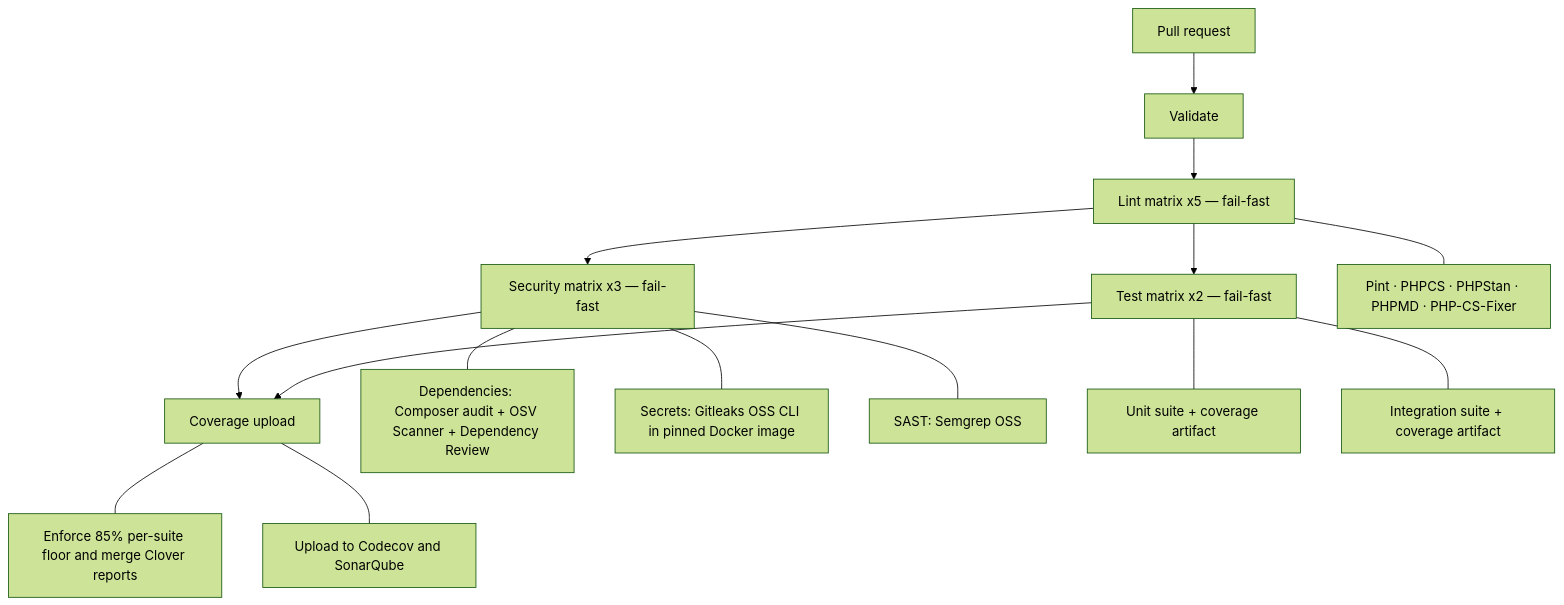
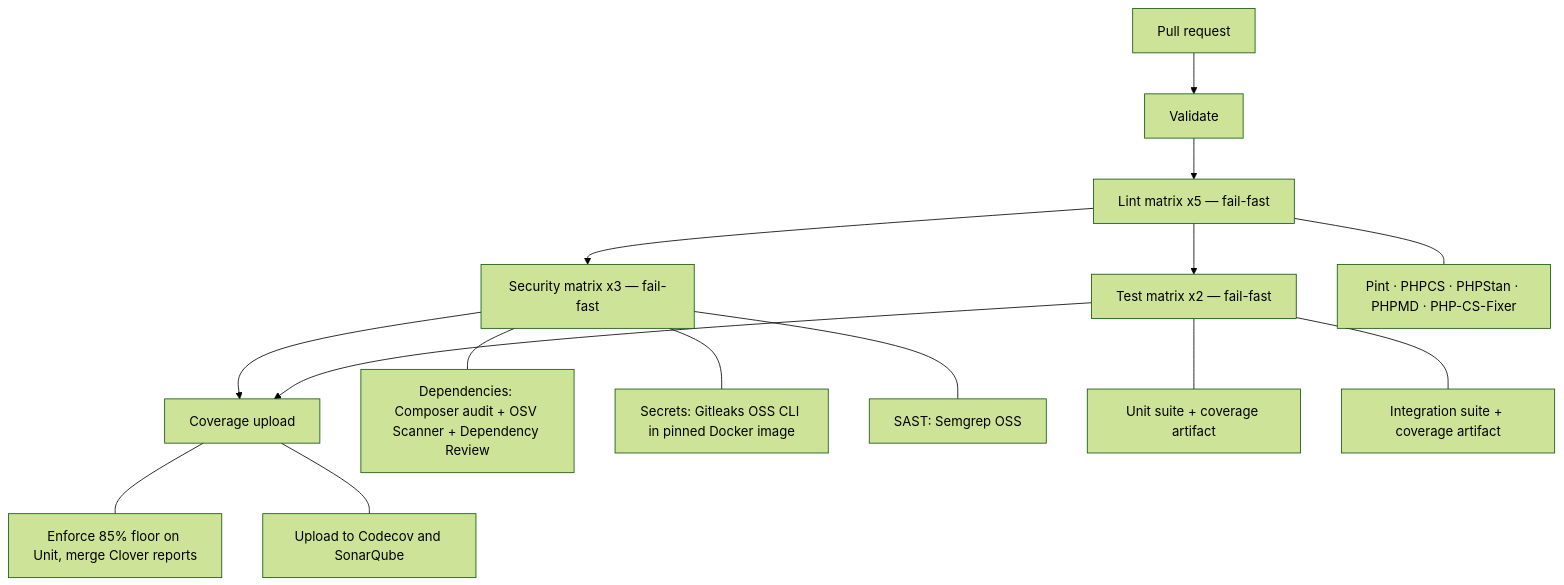
One commit to jooservices/client changed the second of 4 diagrams in WORKFLOWS.md. Above: the diagram before and after it, drawn with Mermaid (forest theme). The commit also changed 3 other files, not shown here.

Commit message:
ci: Stop enforcing the 85% coverage floor on the Integration suite

````diff
--- a/WORKFLOWS.md
+++ b/WORKFLOWS.md
@@ -51,18 +51,18 @@
 ```mermaid
 flowchart TD
     PR[Pull request] --> V[Validate]
     V --> L[Lint matrix x5 — fail-fast]
     L --> S[Security matrix x3 — fail-fast]
     L --> T[Test matrix x2 — fail-fast]
     S --> C[Coverage upload]
     T --> C
 
     L --- L1[Pint · PHPCS · PHPStan · PHPMD · PHP-CS-Fixer]
     S --- S1[Dependencies: Composer audit + OSV Scanner + Dependency Review]
     S --- S2[Secrets: Gitleaks OSS CLI in pinned Docker image]
     S --- S3[SAST: Semgrep OSS]
     T --- T1[Unit suite + coverage artifact]
     T --- T2[Integration suite + coverage artifact]
-    C --- C1[Enforce 85% per-suite floor and merge Clover reports]
+    C --- C1[Enforce 85% floor on Unit, merge Clover reports]
     C --- C2[Upload to Codecov and SonarQube]
 ```
````
